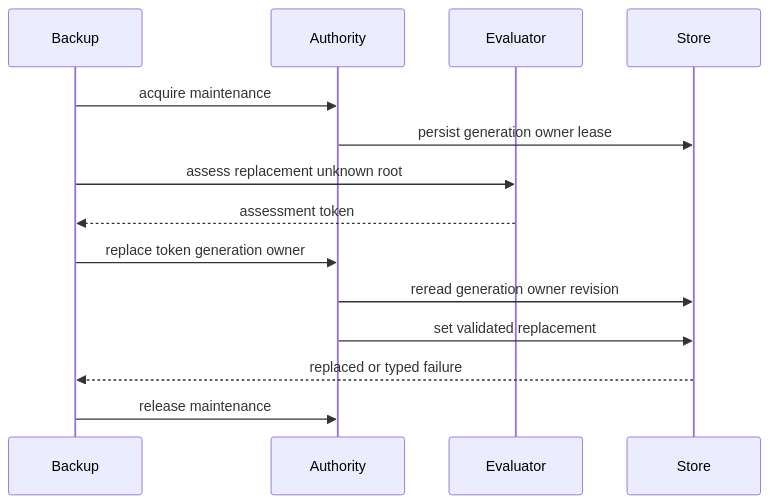
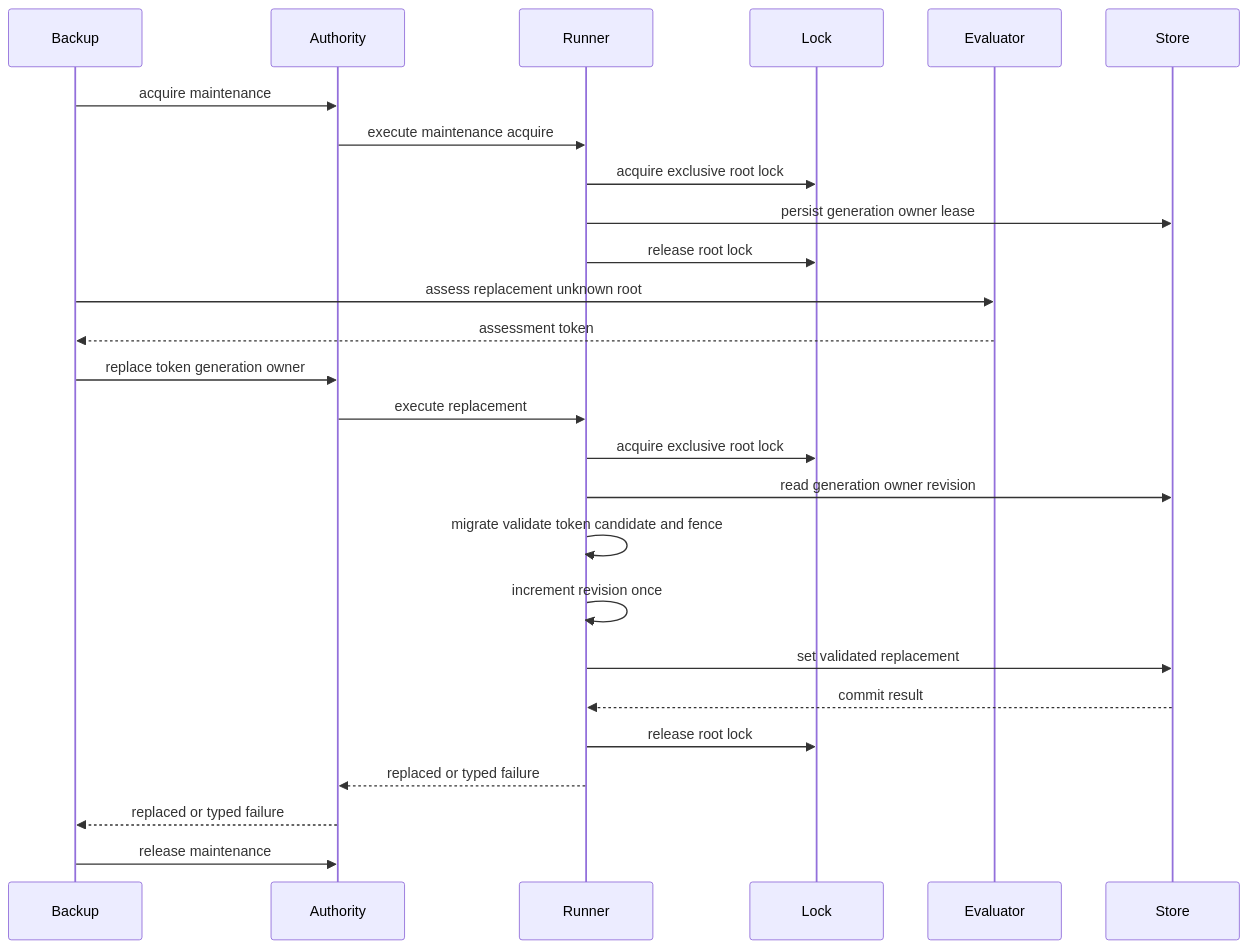
Before and after one commit to Huruikagi/pc-build-planner: the third of 4 diagrams in .kiro/specs/local-data-foundation/design.md, drawn with Mermaid. The commit also changed other lines of this file and 11 other files, not shown here.

````diff
--- a/.kiro/specs/local-data-foundation/design.md
+++ b/.kiro/specs/local-data-foundation/design.md
@@ -151,16 +179,28 @@
 ```mermaid
 sequenceDiagram
     participant Backup
     participant Authority
+    participant Runner
+    participant Lock
     participant Evaluator
     participant Store
     Backup->>Authority: acquire maintenance
-    Authority->>Store: persist generation owner lease
+    Authority->>Runner: execute maintenance acquire
+    Runner->>Lock: acquire exclusive root lock
+    Runner->>Store: persist generation owner lease
+    Runner->>Lock: release root lock
     Backup->>Evaluator: assess replacement unknown root
     Evaluator-->>Backup: assessment token
     Backup->>Authority: replace token generation owner
-    Authority->>Store: reread generation owner revision
-    Authority->>Store: set validated replacement
-    Store-->>Backup: replaced or typed failure
+    Authority->>Runner: execute replacement
+    Runner->>Lock: acquire exclusive root lock
+    Runner->>Store: read generation owner revision
+    Runner->>Runner: migrate validate token candidate and fence
+    Runner->>Runner: increment revision once
+    Runner->>Store: set validated replacement
+    Store-->>Runner: commit result
+    Runner->>Lock: release root lock
+    Runner-->>Authority: replaced or typed failure
+    Authority-->>Backup: replaced or typed failure
     Backup->>Authority: release maintenance
 ```
````
